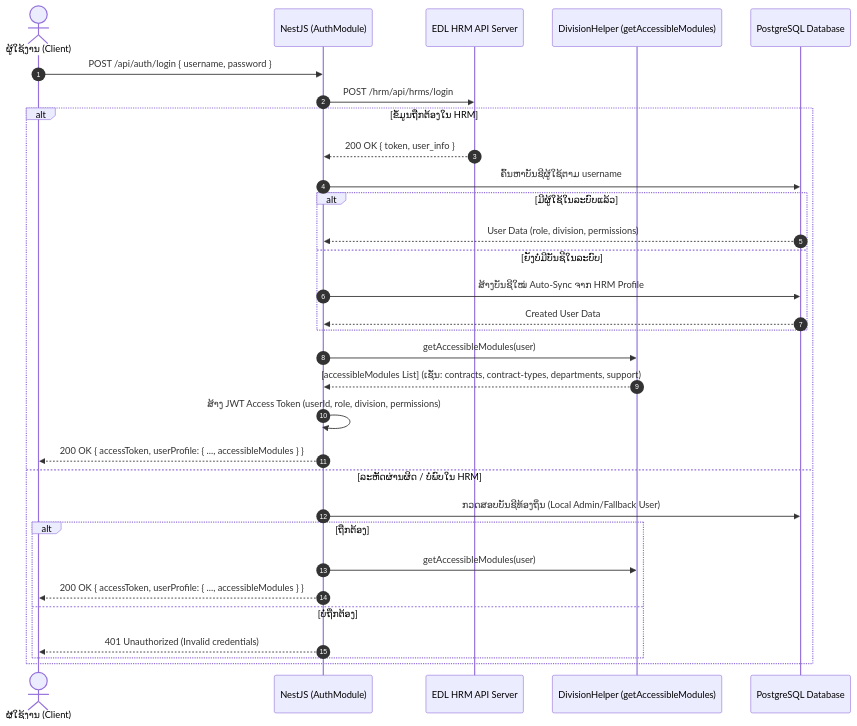
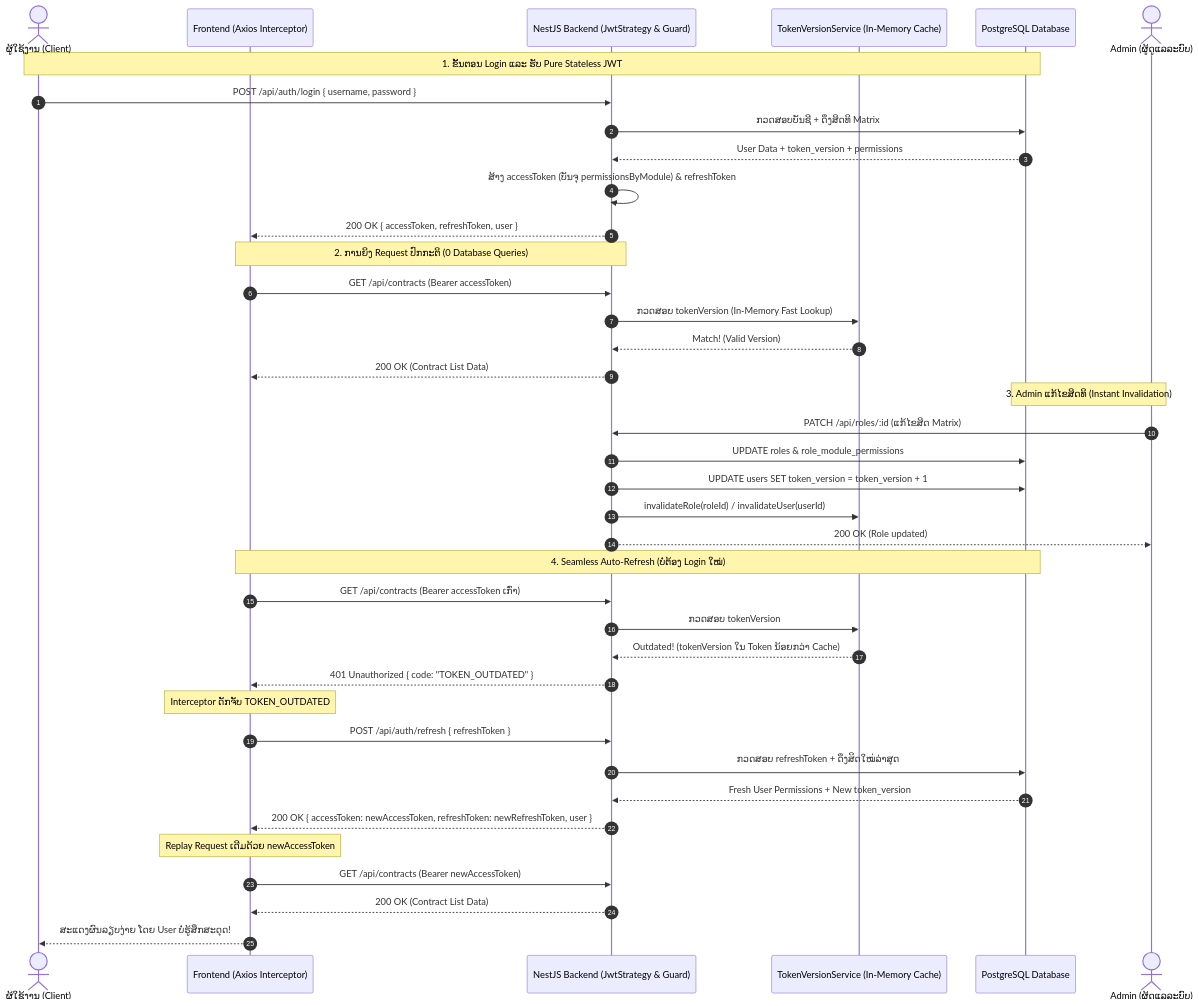
The third of 8 diagrams in SYSTEM_FLOW_AND_MODULES.md (SamMie341/legal-contract-backend), drawn with Mermaid before and after one commit. The commit also changed other lines of this file and 99 other files, not shown here.

````diff
--- a/SYSTEM_FLOW_AND_MODULES.md
+++ b/SYSTEM_FLOW_AND_MODULES.md
@@ -130,34 +163,47 @@
 ```mermaid
 sequenceDiagram
     autonumber
     actor User as ຜູ້ໃຊ້ງານ (Client)
-    participant Nest as NestJS (AuthModule)
-    participant HRM as EDL HRM API Server
-    participant Helper as DivisionHelper (getAccessibleModules)
+    participant Front as Frontend (Axios Interceptor)
+    participant Nest as NestJS Backend (JwtStrategy & Guard)
+    participant Cache as TokenVersionService (In-Memory Cache)
     participant DB as PostgreSQL Database
+    actor Admin as Admin (ຜູ້ດູແລລະບົບ)
 
+    Note over User,DB: 1. ຂັ້ນຕອນ Login ແລະ ຮັບ Pure Stateless JWT
     User->>Nest: POST /api/auth/login { username, password }
-    Nest->>HRM: POST /hrm/api/hrms/login
-    alt ຂໍ້ມູນຖືກຕ້ອງໃນ HRM
-        HRM-->>Nest: 200 OK { token, user_info }
-        Nest->>DB: ຄົ້ນຫາບັນຊີຜູ້ໃຊ້ຕາມ username
-        alt ມີຜູ້ໃຊ້ໃນລະບົບແລ້ວ
-            DB-->>Nest: User Data (role, division, permissions)
-        else ຍັງບໍ່ມີບັນຊີໃນລະບົບ
-            Nest->>DB: ສ້າງບັນຊີໃໝ່ Auto-Sync ຈາກ HRM Profile
-            DB-->>Nest: Created User Data
-        end
-        Nest->>Helper: getAccessibleModules(user)
-        Helper-->>Nest: [accessibleModules List] (ເຊັ່ນ: contracts, contract-types, departments, support)
-        Nest->>Nest: ສ້າງ JWT Access Token (userId, role, division, permissions)
-        Nest-->>User: 200 OK { accessToken, userProfile: { ..., accessibleModules } }
-    else ລະຫັດຜ່ານຜິດ / ບໍ່ພົບໃນ HRM
-        Nest->>DB: ກວດສອບບັນຊີທ້ອງຖິ່ນ (Local Admin/Fallback User)
-        alt ຖືກຕ້ອງ
-            Nest->>Helper: getAccessibleModules(user)
-            Nest-->>User: 200 OK { accessToken, userProfile: { ..., accessibleModules } }
-        else ບໍ່ຖືກຕ້ອງ
-            Nest-->>User: 401 Unauthorized (Invalid credentials)
-        end
-    end
+    Nest->>DB: ກວດສອບບັນຊີ + ດຶງສິດທິ Matrix
+    DB-->>Nest: User Data + token_version + permissions
+    Nest->>Nest: ສ້າງ accessToken (ບັນຈຸ permissionsByModule) & refreshToken
+    Nest-->>Front: 200 OK { accessToken, refreshToken, user }
+
+    Note over Front,Nest: 2. ການຍິງ Request ປົກກະຕິ (0 Database Queries)
+    Front->>Nest: GET /api/contracts (Bearer accessToken)
+    Nest->>Cache: ກວດສອບ tokenVersion (In-Memory Fast Lookup)
+    Cache-->>Nest: Match! (Valid Version)
+    Nest-->>Front: 200 OK (Contract List Data)
+
+    Note over Admin,DB: 3. Admin ແກ້ໄຂສິດທິ (Instant Invalidation)
+    Admin->>Nest: PATCH /api/roles/:id (ແກ້ໄຂສິດ Matrix)
+    Nest->>DB: UPDATE roles & role_module_permissions
+    Nest->>DB: UPDATE users SET token_version = token_version + 1
+    Nest->>Cache: invalidateRole(roleId) / invalidateUser(userId)
+    Nest-->>Admin: 200 OK (Role updated)
+
+    Note over Front,DB: 4. Seamless Auto-Refresh (ບໍ່ຕ້ອງ Login ໃໝ່)
+    Front->>Nest: GET /api/contracts (Bearer accessToken ເກົ່າ)
+    Nest->>Cache: ກວດສອບ tokenVersion
+    Cache-->>Nest: Outdated! (tokenVersion ໃນ Token ນ້ອຍກວ່າ Cache)
+    Nest-->>Front: 401 Unauthorized { code: "TOKEN_OUTDATED" }
+    
+    Note over Front: Interceptor ດັກຈັບ TOKEN_OUTDATED
+    Front->>Nest: POST /api/auth/refresh { refreshToken }
+    Nest->>DB: ກວດສອບ refreshToken + ດຶງສິດໃໝ່ລ່າສຸດ
+    DB-->>Nest: Fresh User Permissions + New token_version
+    Nest-->>Front: 200 OK { accessToken: newAccessToken, refreshToken: newRefreshToken, user }
+    
+    Note over Front: Replay Request ເດີມດ້ວຍ newAccessToken
+    Front->>Nest: GET /api/contracts (Bearer newAccessToken)
+    Nest-->>Front: 200 OK (Contract List Data)
+    Front-->>User: ສະແດງຜົນລຽບງ່າຍ ໂດຍ User ບໍ່ຮູ້ສຶກສະດຸດ!
 ```
````
